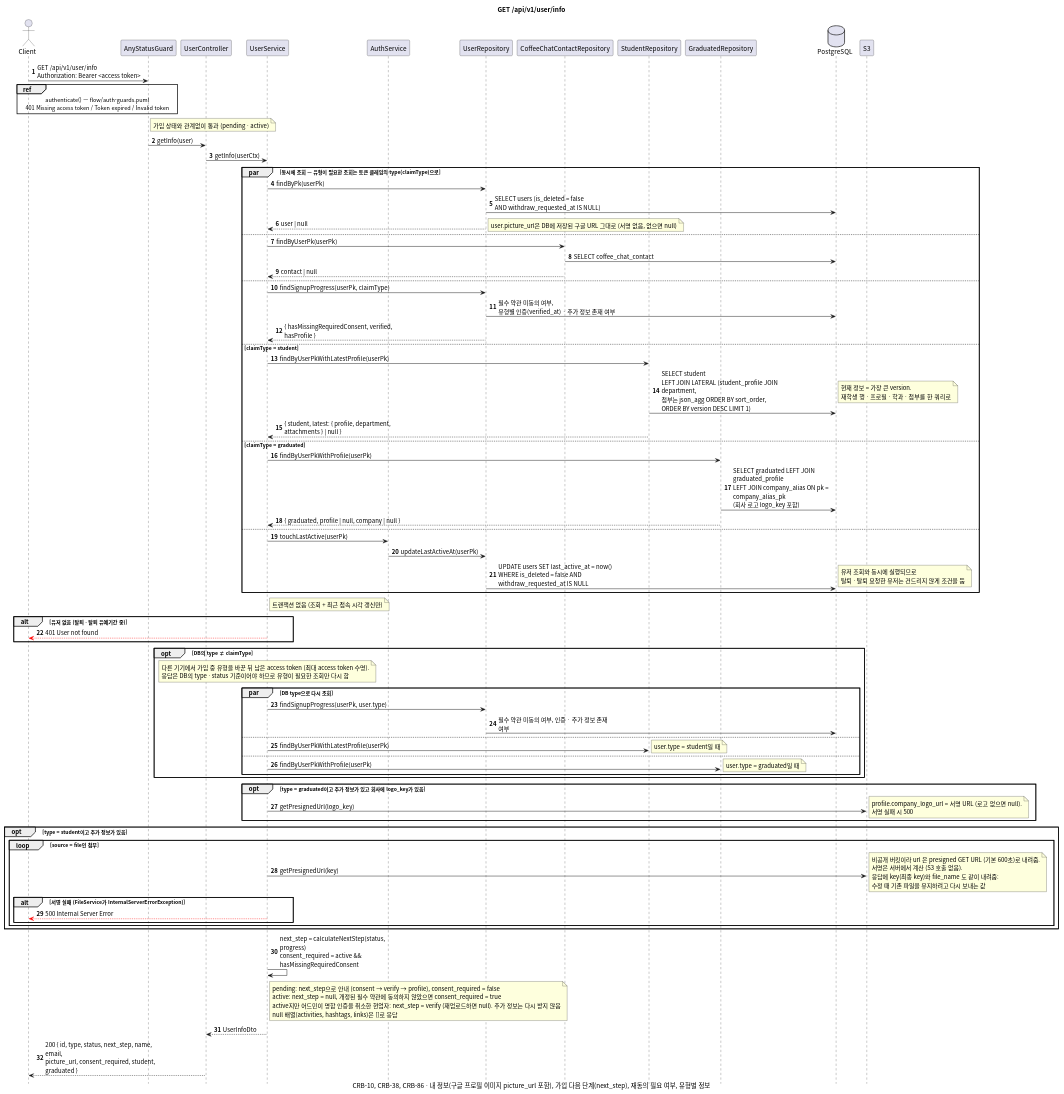
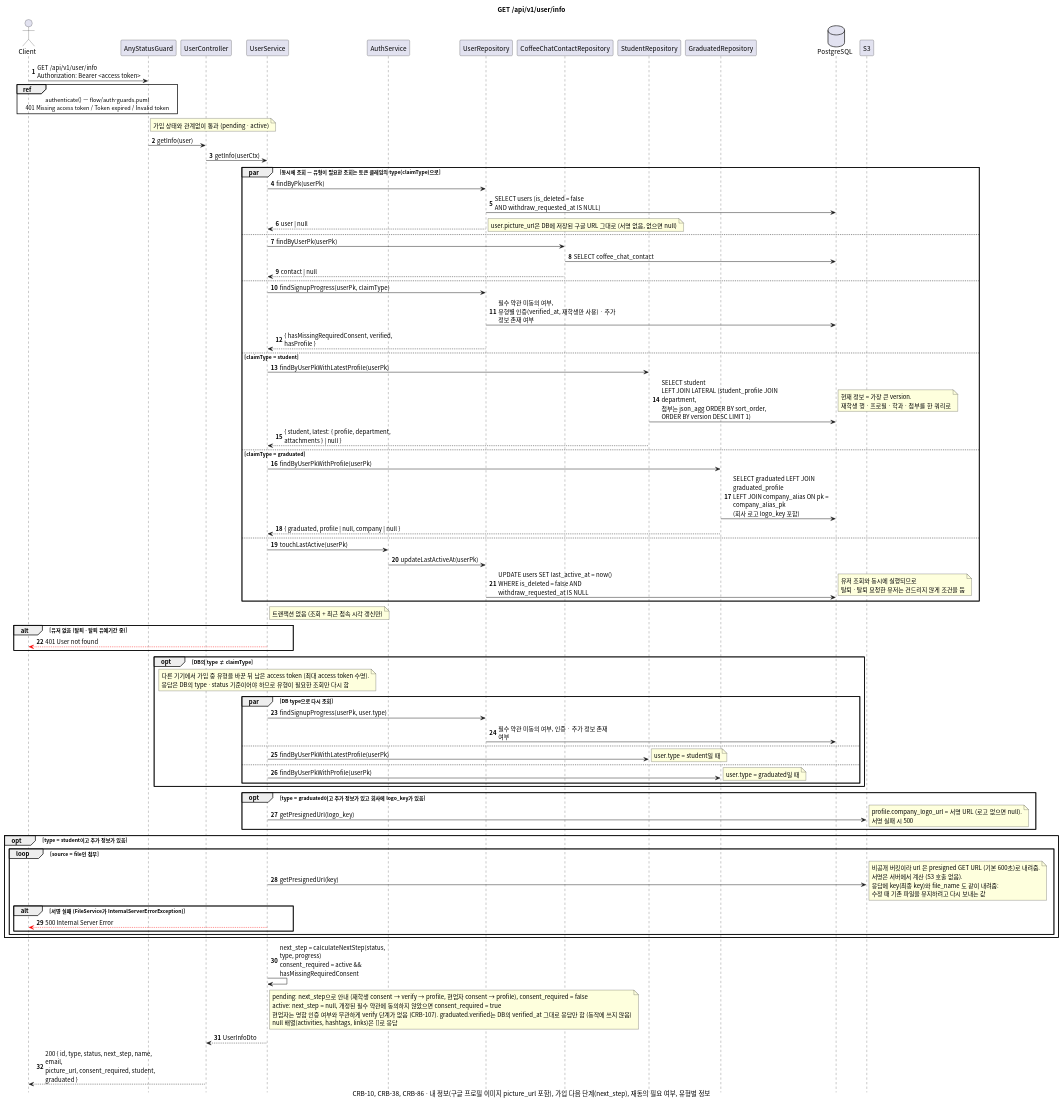
Before and after one commit to gsainfoteam/cheers-be: the diagram in docs/sequence/user/get-info.puml, drawn with PlantUML. The commit also changed 12 other files, not shown here.

Commit message:
- docs: update sequence diagrams for graduated signup without verify (CRB-107)

```diff
--- a/docs/sequence/user/get-info.puml
+++ b/docs/sequence/user/get-info.puml
@@ -1,108 +1,108 @@
 @startuml get-info
 skinparam defaultFontName "Apple SD Gothic Neo", "Noto Sans CJK KR", sans-serif
 skinparam responseMessageBelowArrow true
 skinparam sequenceMessageAlign left
 skinparam maxMessageSize 260
 skinparam BoxPadding 8
 skinparam shadowing false
 autonumber
 hide footbox
 
 title GET /api/v1/user/info
 caption CRB-10, CRB-38, CRB-86 · 내 정보(구글 프로필 이미지 picture_url 포함), 가입 다음 단계(next_step), 재동의 필요 여부, 유형별 정보
 
 actor Client
 participant "AnyStatusGuard" as Guard
 participant "UserController" as Controller
 participant "UserService" as Service
 participant "AuthService" as AuthService
 participant "UserRepository" as UserRepository
 participant "CoffeeChatContactRepository" as CoffeeChatContactRepository
 participant "StudentRepository" as StudentRepository
 participant "GraduatedRepository" as GraduatedRepository
 database PostgreSQL
 participant "S3"
 
 Client -> Guard: GET /api/v1/user/info\nAuthorization: Bearer <access token>
 ref over Client, Guard: authenticate() — flow/auth-guards.puml\n401 Missing access token / Token expired / Invalid token
 note right of Guard: 가입 상태와 관계없이 통과 (pending · active)
 Guard -> Controller: getInfo(user)
 Controller -> Service: getInfo(userCtx)
 
 par 동시에 조회 — 유형이 필요한 조회는 토큰 클레임의 type(claimType)으로
   Service -> UserRepository: findByPk(userPk)
   UserRepository -> PostgreSQL: SELECT users (is_deleted = false\nAND withdraw_requested_at IS NULL)
   UserRepository --> Service: user | null
   note right: user.picture_url은 DB에 저장된 구글 URL 그대로 (서명 없음, 없으면 null)
 else
   Service -> CoffeeChatContactRepository: findByUserPk(userPk)
   CoffeeChatContactRepository -> PostgreSQL: SELECT coffee_chat_contact
   CoffeeChatContactRepository --> Service: contact | null
 else
   Service -> UserRepository: findSignupProgress(userPk, claimType)
-  UserRepository -> PostgreSQL: 필수 약관 미동의 여부,\n유형별 인증(verified_at) · 추가 정보 존재 여부
+  UserRepository -> PostgreSQL: 필수 약관 미동의 여부,\n유형별 인증(verified_at, 재학생만 사용) · 추가 정보 존재 여부
   UserRepository --> Service: { hasMissingRequiredConsent, verified, hasProfile }
 else claimType = student
   Service -> StudentRepository: findByUserPkWithLatestProfile(userPk)
   StudentRepository -> PostgreSQL: SELECT student\nLEFT JOIN LATERAL (student_profile JOIN department,\n첨부는 json_agg ORDER BY sort_order,\nORDER BY version DESC LIMIT 1)
   note right: 현재 정보 = 가장 큰 version.\n재학생 행 · 프로필 · 학과 · 첨부를 한 쿼리로
   StudentRepository --> Service: { student, latest: { profile, department, attachments } | null }
 else claimType = graduated
   Service -> GraduatedRepository: findByUserPkWithProfile(userPk)
   GraduatedRepository -> PostgreSQL: SELECT graduated LEFT JOIN graduated_profile\nLEFT JOIN company_alias ON pk = company_alias_pk\n(회사 로고 logo_key 포함)
   GraduatedRepository --> Service: { graduated, profile | null, company | null }
 else
   Service -> AuthService: touchLastActive(userPk)
   AuthService -> UserRepository: updateLastActiveAt(userPk)
   UserRepository -> PostgreSQL: UPDATE users SET last_active_at = now()\nWHERE is_deleted = false AND withdraw_requested_at IS NULL
   note right: 유저 조회와 동시에 실행되므로\n탈퇴 · 탈퇴 요청한 유저는 건드리지 않게 조건을 둠
 end
 note right of Service: 트랜잭션 없음 (조회 + 최근 접속 시각 갱신만)
 
 alt 유저 없음 (탈퇴 · 탈퇴 유예기간 중)
   Service -[#red]-> Client: 401 User not found
 end
 
 opt DB의 type ≠ claimType
   note over Service
     다른 기기에서 가입 중 유형을 바꾼 뒤 남은 access token (최대 access token 수명).
     응답은 DB의 type · status 기준이어야 하므로 유형이 필요한 조회만 다시 함
   end note
   par DB type으로 다시 조회
     Service -> UserRepository: findSignupProgress(userPk, user.type)
     UserRepository -> PostgreSQL: 필수 약관 미동의 여부, 인증 · 추가 정보 존재 여부
   else
     Service -> StudentRepository: findByUserPkWithLatestProfile(userPk)
     note right: user.type = student일 때
   else
     Service -> GraduatedRepository: findByUserPkWithProfile(userPk)
     note right: user.type = graduated일 때
   end
 end
 
 opt type = graduated이고 추가 정보가 있고 회사에 logo_key가 있음
   Service -> S3: getPresignedUrl(logo_key)
   note right: profile.company_logo_url = 서명 URL (로고 없으면 null).\n서명 실패 시 500
 end
 
 opt type = student이고 추가 정보가 있음
   loop source = file인 첨부
     Service -> S3: getPresignedUrl(key)
     note right: 비공개 버킷이라 url 은 presigned GET URL (기본 600초)로 내려줌.\n서명은 서버에서 계산 (S3 호출 없음).\n응답에 key(최종 key)와 file_name 도 같이 내려줌:\n수정 때 기존 파일을 유지하려고 다시 보내는 값
     alt 서명 실패 (FileService가 InternalServerErrorException)
       Service -[#red]-> Client: 500 Internal Server Error
     end
   end
 end
 
-Service -> Service: next_step = calculateNextStep(status, progress)\nconsent_required = active && hasMissingRequiredConsent
+Service -> Service: next_step = calculateNextStep(status, type, progress)\nconsent_required = active && hasMissingRequiredConsent
 note right of Service
-  pending: next_step으로 안내 (consent → verify → profile), consent_required = false
+  pending: next_step으로 안내 (재학생 consent → verify → profile, 현업자 consent → profile), consent_required = false
   active: next_step = null, 개정된 필수 약관에 동의하지 않았으면 consent_required = true
-  active지만 어드민이 명함 인증을 취소한 현업자: next_step = verify (재업로드하면 null). 추가 정보는 다시 받지 않음
+  현업자는 명함 인증 여부와 무관하게 verify 단계가 없음 (CRB-107). graduated.verified는 DB의 verified_at 그대로 응답만 함 (동작에 쓰지 않음)
   null 배열(activities, hashtags, links)은 []로 응답
 end note
 Service --> Controller: UserInfoDto
 Controller --> Client: 200 { id, type, status, next_step, name, email,\npicture_url, consent_required, student, graduated }
 
 @enduml
```
